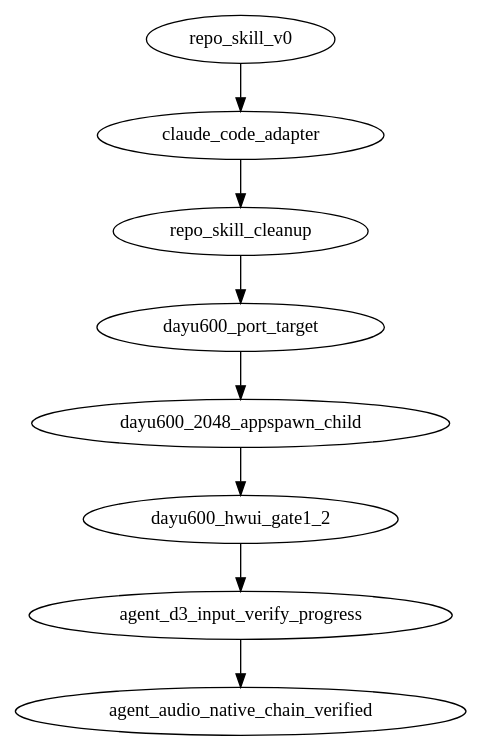
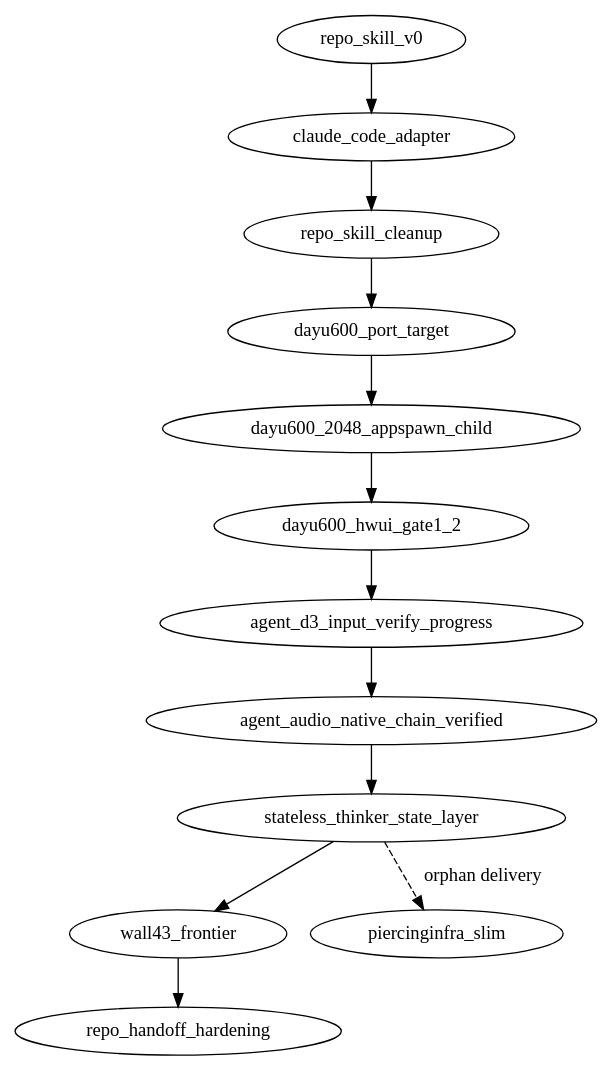
The diagram in REPO_HISTORY.dot (BH3GEI/westlake-piercing), drawn with Graphviz before and after one commit. The commit also changed 40 other files, not shown here.

```diff
--- a/REPO_HISTORY.dot
+++ b/REPO_HISTORY.dot
@@ -1,104 +1,153 @@
 digraph westlake_repo_history {
   graph [
-    format="repo-skill-history-v0",
-    rule="each node records one agent-facing change; commit=self is allowed only for the node introduced by the current commit"
+    format="repo-skill-milestone-dag-v1",
+    rule="milestones, not every commit; commit=self is allowed only for the node introduced by the current commit; orphan deliveries are dashed"
   ];
 
   repo_skill_v0 [
     commit="fb3661c",
     base_commit="b9ede74ac6a19e9e05e09800a4c8757b60ea48d5",
     actor="Yao/Codex",
     title="add repo skill v0",
     user_input="Fork westlake-piercing to BH3GEI and add a dynamic repo skill system with DOT pipeline, lock, history, and skill-local tools.",
     agent_action="Created REPO_SKILL.md, REPO_PIPELINE.dot, REPO_LOCK.toml, REPO_HISTORY.dot, .repo-skill/SKILL.md, runner code, checks, and turn notes.",
     code_delta="No runtime adapter behavior changed; added collaboration and reproducibility metadata plus a local DOT runner.",
     verify="static runner checks; full replay requires DAYU200 and artifact baseline",
     note=".repo-skill/turns/2026-06-30-repo-skill-v0.md"
   ];
 
   claude_code_adapter [
     commit="6113f4b",
     base_commit="fb3661c",
     actor="Yao/Codex",
     title="add Claude Code skill adapter",
     user_input="Add the Claude Code layer so Claude can discover the repo skill without duplicating the main rules.",
     agent_action="Created .claude/skills/westlake-repo/SKILL.md and linked REPO_SKILL.md as the single source of truth.",
     code_delta="No runtime adapter behavior changed; added Claude Code discovery metadata and updated repo skill history.",
     verify="static file checks; full replay still requires DAYU200, hdc, and external artifacts",
     note=".repo-skill/turns/2026-06-30-claude-code-adapter.md"
   ];
 
   repo_skill_cleanup [
     commit="f926081",
     base_commit="6113f4b",
     actor="Yao/Codex",
     title="clean up repo skill metadata",
     user_input="Inspect BH3GEI/westlake-piercing, especially its built-in repo skill.",
     agent_action="Added Codex frontmatter to .repo-skill/SKILL.md, rewrote mojibake Claude adapter and turn note, improved missing-command/9009 reporting, and recorded this cleanup turn.",
     code_delta="No runtime adapter behavior changed; cleaned repository skill metadata, agent-facing history, and runner diagnostics.",
     verify="static skill checks; repo-local check flow fails honestly on this Windows host before hardware/artifact verification",
     note=".repo-skill/turns/2026-07-01-repo-skill-cleanup.md"
   ];
 
   dayu600_port_target [
-    commit="pending",
+    commit="570a81bc",
     base_commit="f926081",
     actor="Yao/Codex",
     title="declare DAYU600 as active port target",
     user_input="Clarify that westlake-piercing must be reproduced on the current DAYU600/uis7885 board, not only on DAYU200/RK3568.",
     agent_action="Updated repo skill, lock, pipeline, and docs for a DAYU600 port track; added a non-mutating dayu600-audit flow, live HDC audit checks, stock baseline hash inventory, and build-gap tracker.",
     code_delta="No runtime adapter behavior changed; added DAYU600 port metadata, docs, audit helpers, local stock baseline hash records, and source/build gap documentation.",
     verify="ran dayu600-audit over HDC; confirmed uis7885 arm64-v8a OpenHarmony 6.1.0.31, stock 64-bit appspawn, no appspawn-x, no /system/android substrate, and pulled stock appspawn/config/lib hashes",
     note=".repo-skill/turns/2026-07-01-dayu600-port-target.md"
   ];
 
   dayu600_2048_appspawn_child [
-    commit="self",
-    base_commit="pending",
+    commit="9920dbe7",
+    base_commit="570a81bc",
     actor="Yao/Codex",
     title="run real 2048 APK inside DAYU600 app child",
     user_input="Run the attached 2048 APK on the OpenHarmony DAYU600 board using the A2OH/westlake-piercing port, not a rewritten clone.",
     agent_action="Added DAYU600 APK/framework/AppSpawnX fixtures, patched the aarch64 ART runtime for the standalone String.valueOf(int)/Integer.toString(int) path, added the embedded no-exit AppSpawnX path, deployed the probe runtime under /data/local/tmp, and joined aa start to a temporary AppSpawnX app-child route without replacing stock appspawn.",
     code_delta="Added reproducible DAYU600 2048 probe scripts and repo-skill flow entries; no /system binary replacement and no legacy 32-bit DAYU200 artifacts deployed.",
     verify="real com.digiplex.game.MainActivity.onCreate, privateR, gameStateJson, and gameMoveJson return RC:0 under standalone ART; temporary AppSpawnX app-child route runs embedded ART and onCreateNullTrace RC:0 inside m.digiplex.game while OHOS reaches AbilityTransitionDone",
     note=".repo-skill/turns/2026-07-02-dayu600-2048-appspawn-child.md"
   ];
 
   dayu600_hwui_gate1_2 [
-    commit="self",
-    base_commit="pending",
+    commit="0b080c40",
+    base_commit="9920dbe7",
     actor="Yao/Claude",
     title="build libhwui.so + prove hwui renders on the DAYU600 panel",
     user_input="Drive the DAYU600 port toward running an Android game visibly on the board; build the real Android graphics stack and prove it renders.",
     agent_action="Built libhwui.so from AOSP 15 for aarch64-linux-ohos against the board's m133 Skia (gate 1); wrote a native RenderProxy harness + 5 interposer/shim TUs that make hwui's own pipeline render on the panel (gate 2, snapshot-verified); bisected gate 3 to a register_android_graphics_classes lifecycle-timeout in the embedded-ART child.",
     code_delta="Added the DAYU600 hwui build chain (scripts/, support-src/, include stubs), the gfx-smoke/ harness + interposers (fake libandroid, ANativeWindow shim, EGL + Skia interposers), and DAYU600-HWUI-BRINGUP.md; no /system writes; large outputs gitignored.",
     verify="gate 1: libhwui.so ELF64/AArch64 with full register_android_graphics_* exports; gate 2: on-device snapshot shows hwui-drawn green bg + red rect at exact recorded coords; gate 3: on-device A/B bisection + sysfreeze LIFECYCLE_TIMEOUT faultlog",
     note=".repo-skill/turns/2026-07-04-dayu600-hwui-gate1-2.md"
   ];
 
   agent_d3_input_verify_progress [
-    commit="self",
-    base_commit="pending",
+    commit="ecd3f01c",
+    base_commit="0b080c40",
     actor="Yao/Claude",
     title="Agent-D3 input verification boot image and WM stub progress",
     user_input="Continue Agent-D3 mission: verify WestLake input chain on DAYU600 board 5583f5be and produce WLTEST/WLTEXT markers in hilog.",
     agent_action="Corrected the embedded-art probe's -Ximage option so ART loads the arm64 boot image; pushed a patched probe binary; confirmed InputVerifyStage installs a WindowManager stub before View construction; ran inputVerify stage via app_process64 + BOOTCLASSPATH + WESTLAKE_BOOT_IMAGE=1.",
     code_delta="Modified westlake_embedded_art_dlopen_probe.c -Ximage suffix; added scratchpad-shared/wl-input-d/InputVerifyStage.java and WindowManagerAdapter.java; updated AGENT-COORD.md and AGENT-CHAT.md.",
     verify="Boot image loaded successfully and Dayu600ApkStageProbe reached ActivityThread.systemMain(); new framework clinit failures (Build, ActivityManager/Random, MethodType) block InputVerifyStage.run; board 5583f5be disconnected after run.",
     note=".repo-skill/turns/2026-07-09-agent-d3-input-verify-progress.md"
   ];
 
   agent_audio_native_chain_verified [
-    commit="self",
-    base_commit="pending",
+    commit="53f1a277",
+    base_commit="ecd3f01c",
     actor="Yao/Claude",
     title="Agent-Audio native audio chain verified end-to-end on DAYU600",
     user_input="Port the WestLake noice tap-to-speaker audio chain to 64-bit OHOS-6.1/A16 and verify it on DAYU600 boards; pause and document progress.",
     agent_action="Built arm64 audio bridges (libmedia_jni stub, liboh_mediacodec_shim, liboh_inproc_service), patched A16 framework.jar for audio focus and crash chain, wrote native_audiotest2_arm64 and toneplayer_arm64, and verified gates 3-6 on both DAYU600 boards with an audible 440Hz tone.",
     code_delta="Added scratchpad-shared/audio-port-64/ sources, scripts, runbook, and small verified binaries; updated REPO_LOCK.toml audio artifact hashes; removed accidentally tracked partial framework jar temp file.",
     verify="native_audiotest2_arm64 passes gate 3 (libmedia_jni dlopen) → gate 4 (register_MediaCodec_shim) → gate 5 (pthread detach) → gate 6 (OH_AudioStreamBuilder 440Hz tone) on 5583f5be and 5ce2dcee; toneplayer_arm64 also plays audible tone; gates 1-2 remain blocked by missing Java runtime.",
     note=".repo-skill/turns/2026-07-09-agent-audio-native-chain-verified.md"
   ];
 
-  repo_skill_v0 -> claude_code_adapter -> repo_skill_cleanup -> dayu600_port_target -> dayu600_2048_appspawn_child -> dayu600_hwui_gate1_2 -> agent_d3_input_verify_progress -> agent_audio_native_chain_verified;
+  stateless_thinker_state_layer [
+    commit="461f2495",
+    base_commit="53f1a277",
+    actor="Yao/Claude/Codex",
+    title="replace whiteboard resident agents with bounded state and shift workers",
+    user_input="Stop pseudo-parallel resident agents, preserve the real frontier, and make sessions disposable.",
+    agent_action="Added AGENTS role routing, bounded state, task lanes, board locks, oracle discipline, atom mapping, dashboard generation, and CLI fleet guidance.",
+    code_delta="Collaboration architecture changed; runtime claims were not promoted without oracle evidence.",
+    verify="state budgets and generated dashboard checked; historical claimed PASS items intentionally remain unverified",
+    note="state/DECISIONS.md (2026-07-09 entries)"
+  ];
+
+  wall43_frontier [
+    commit="3656ddd7",
+    base_commit="461f2495",
+    actor="Yao/Claude",
+    title="cast W-001 for DAYU600 AppCompat parent-chain wall",
+    user_input="Continue the real DAYU600 first-frame path from the bounded frontier.",
+    agent_action="Created W-001 and moved live focus to LEDGER wall 43.",
+    code_delta="Task/state checkpoint only; the working tree later accumulated an unverified early-theme/native-append prototype.",
+    verify="card existed; wall remained in progress with no oracle PASS",
+    note="tasks/todo/W-001.md"
+  ];
+
+  piercinginfra_slim [
+    commit="509a1e12",
+    base_commit="orphan",
+    actor="Yao/Claude",
+    title="publish a slim PiercingInfra delivery as an orphan history",
+    user_input="Publish the reusable infrastructure without scratchpad or generated binaries.",
+    agent_action="Created and pushed the independent slim branch.",
+    code_delta="Separate repository history; not merged into westlake main.",
+    verify="piercinginfra/main resolves to 509a1e12",
+    note="state/QUEUE.md F-001"
+  ];
+
+  repo_handoff_hardening [
+    commit="self",
+    base_commit="3656ddd7",
+    actor="Yao/Codex",
+    title="harden repository handoff and align live state with infra docs",
+    user_input="Audit branches and merges, compare repo state with tree docs, improve project/global agent entrypoints, persist the bottleneck, and add GPT-5.6-Sol as a consultant.",
+    agent_action="Audited Git topology; added a read-only handoff oracle; aligned role entries, state, card, board locks, lock/pipeline/history docs; marked DAYU200 docs legacy; verified a bounded Sol model invocation; removed credentials from always-on global guidance while retaining private pre-compression backups.",
+    code_delta="Repository entry/state/check infrastructure plus the accumulated W-001 Java/native prototype; corrected the AppCompat attr oracle, nativeSetApkAssets signature and stale-artifact checks. No claim that wall 43 passed.",
+    verify="see .repo-skill/turns/2026-07-10-repo-handoff-hardening.md",
+    note=".repo-skill/turns/2026-07-10-repo-handoff-hardening.md"
+  ];
+
+  repo_skill_v0 -> claude_code_adapter -> repo_skill_cleanup -> dayu600_port_target -> dayu600_2048_appspawn_child -> dayu600_hwui_gate1_2 -> agent_d3_input_verify_progress -> agent_audio_native_chain_verified -> stateless_thinker_state_layer -> wall43_frontier -> repo_handoff_hardening;
+  stateless_thinker_state_layer -> piercinginfra_slim [style="dashed", label="orphan delivery"];
 }
```
